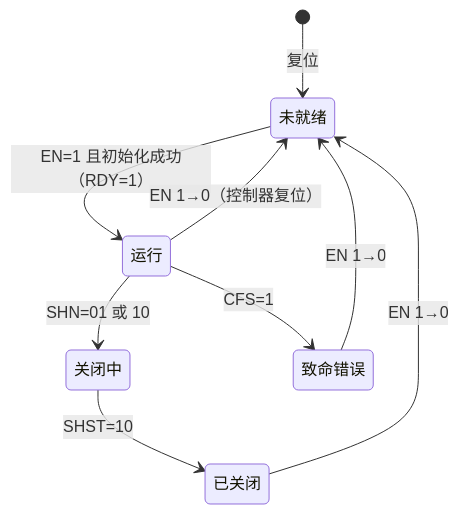
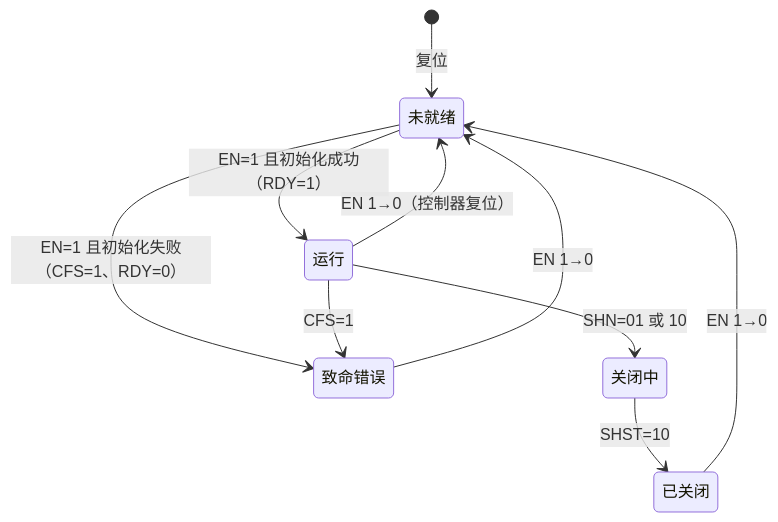
One commit to gevico/gw100-gem5 changed the second of 4 diagrams in docs/spec/host/spec-hdi.md. Above: the diagram before and after it, drawn with Mermaid. The commit also changed other lines of this file, not shown here.

````diff
--- a/docs/spec/host/spec-hdi.md
+++ b/docs/spec/host/spec-hdi.md
@@ -234,11 +234,12 @@
 ```mermaid
 stateDiagram-v2
   [*] --> 未就绪: 复位
   未就绪 --> 运行: EN=1 且初始化成功（RDY=1）
+  未就绪 --> 致命错误: EN=1 且初始化失败（CFS=1、RDY=0）
   运行 --> 关闭中: SHN=01 或 10
   关闭中 --> 已关闭: SHST=10
   运行 --> 未就绪: EN 1→0（控制器复位）
   已关闭 --> 未就绪: EN 1→0
   运行 --> 致命错误: CFS=1
   致命错误 --> 未就绪: EN 1→0
 ```
````
